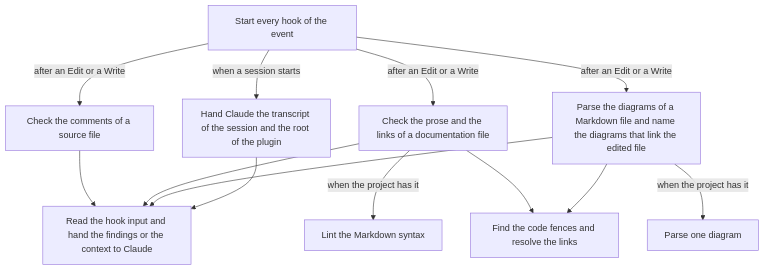
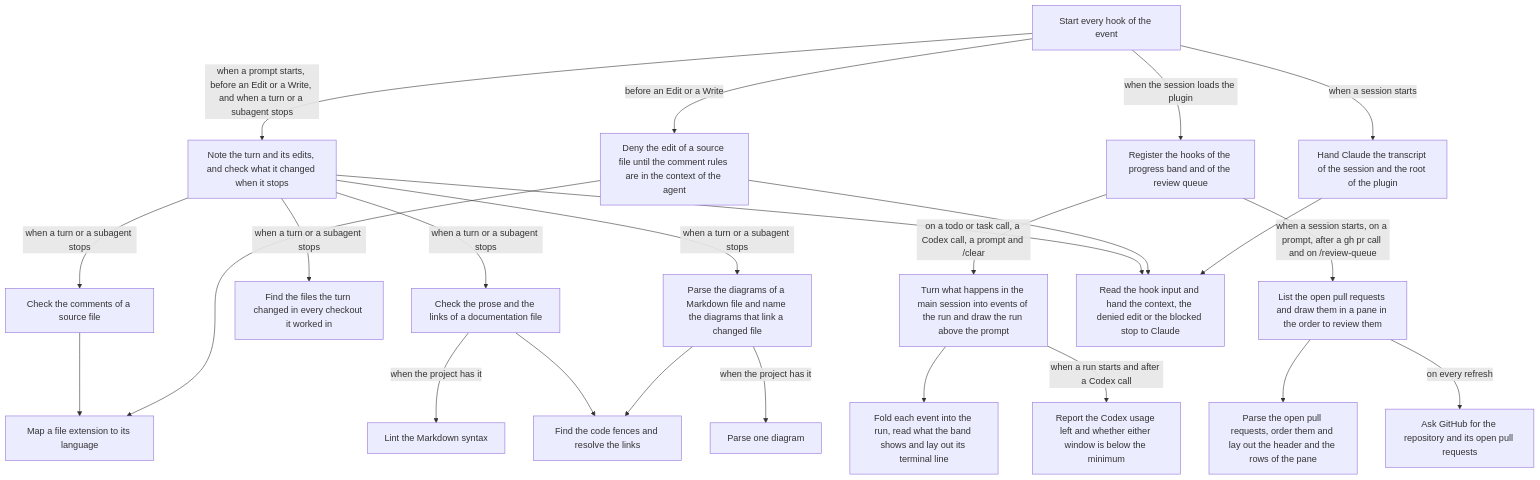
The diagram in hooks/README.md (renefatuaki/skills), drawn with Mermaid before and after one commit. The commit also changed other lines of this file and 47 other files, not shown here.

First line of the commit message:
feat(engineering): stack a ticket on the earlier tickets of its repository (#21)

````diff
--- a/hooks/README.md
+++ b/hooks/README.md
@@ -5,17 +5,28 @@
 ```mermaid
 flowchart TD
-  accTitle: What happens when a session starts and after Claude edits a file?
+  accTitle: What happens when a session starts, while a turn runs, while Claude works through a todo list, and when the pull requests of the repository change?
   hooksJson["Start every hook of the event"]
   hooksJson -->|"when a session starts"| sessionContext["Hand Claude the transcript of the session and the root of the plugin"]
-  hooksJson -->|"after an Edit or a Write"| checkComments["Check the comments of a source file"]
-  hooksJson -->|"after an Edit or a Write"| checkDocs["Check the prose and the links of a documentation file"]
-  hooksJson -->|"after an Edit or a Write"| checkDiagrams["Parse the diagrams of a Markdown file and name the diagrams that link the edited file"]
-  checkDocs -->|"when the project has it"| markdownlint["Lint the Markdown syntax"]
-  checkDiagrams -->|"when the project has it"| mermaid["Parse one diagram"]
-  checkDocs --> markdown["Find the code fences and resolve the links"]
-  checkDiagrams --> markdown
-  checkComments --> hook["Read the hook input and hand the findings or the context to Claude"]
-  checkDocs --> hook
-  checkDiagrams --> hook
+  hooksJson -->|"before an Edit or a Write"| loadCommentRules["Deny the edit of a source file until the comment rules are in the context of the agent"]
+  hooksJson -->|"when a prompt starts, before an Edit or a Write, and when a turn or a subagent stops"| checkTurn["Note the turn and its edits, and check what it changed when it stops"]
+  hooksJson -->|"when the session loads the plugin"| module["Register the hooks of the progress band and of the review queue"]
+  module -->|"on a todo or task call, a Codex call, a prompt and /clear"| progress["Turn what happens in the main session into events of the run and draw the run above the prompt"]
+  module -->|"when a session starts, on a prompt, after a gh pr call and on /review-queue"| reviewQueue["List the open pull requests and draw them in a pane in the order to review them"]
+  checkTurn -->|"when a turn or a subagent stops"| changes["Find the files the turn changed in every checkout it worked in"]
+  checkTurn -->|"when a turn or a subagent stops"| comments["Check the comments of a source file"]
+  checkTurn -->|"when a turn or a subagent stops"| docs["Check the prose and the links of a documentation file"]
+  checkTurn -->|"when a turn or a subagent stops"| diagrams["Parse the diagrams of a Markdown file and name the diagrams that link a changed file"]
+  docs -->|"when the project has it"| markdownlint["Lint the Markdown syntax"]
+  diagrams -->|"when the project has it"| mermaid["Parse one diagram"]
+  docs --> markdown["Find the code fences and resolve the links"]
+  diagrams --> markdown
+  comments --> languages["Map a file extension to its language"]
+  loadCommentRules --> languages
+  checkTurn --> hook["Read the hook input and hand the context, the denied edit or the blocked stop to Claude"]
+  loadCommentRules --> hook
   sessionContext --> hook
+  progress --> run["Fold each event into the run, read what the band shows and lay out its terminal line"]
+  reviewQueue --> order["Parse the open pull requests, order them and lay out the header and the rows of the pane"]
+  reviewQueue -->|"on every refresh"| gh["Ask GitHub for the repository and its open pull requests"]
+  progress -->|"when a run starts and after a Codex call"| codexModel["Report the Codex usage left and whether either window is below the minimum"]
 ```
````
